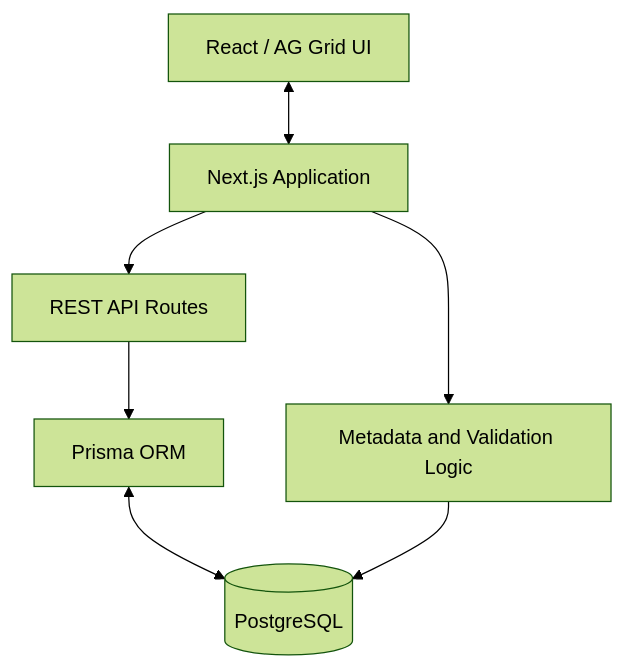
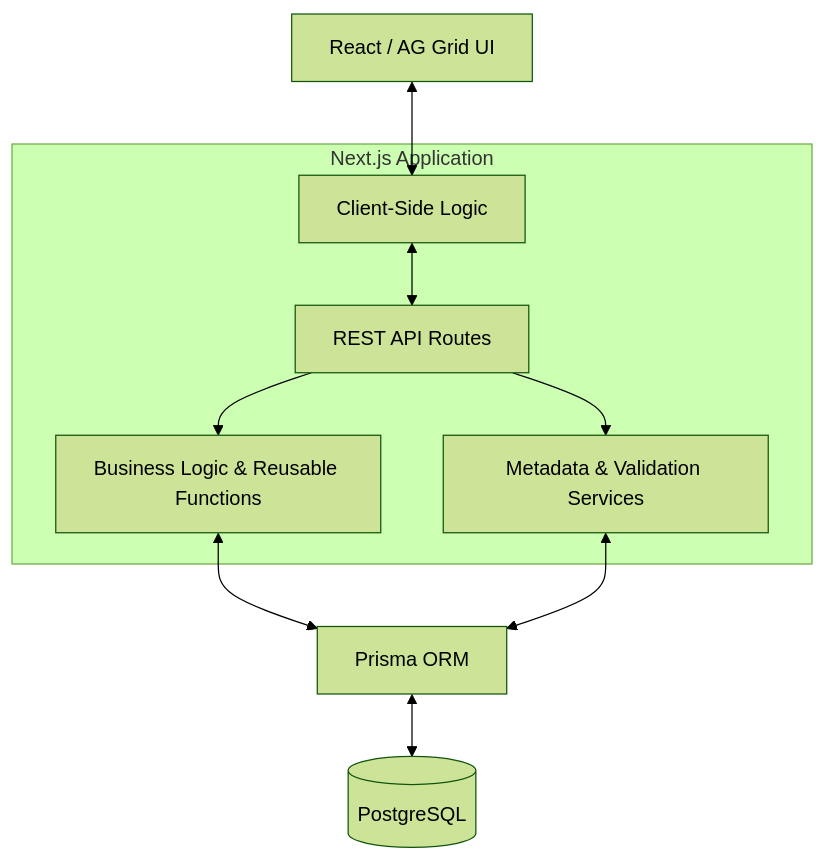
The diagram in docs/system-architecture.md (CamBoyd/vantage-architecture), drawn with Mermaid (forest theme) before and after one commit. The commit also changed other lines of this file, not shown here.

First line of the commit message:
Enhance system architecture documentation

````diff
--- a/docs/system-architecture.md
+++ b/docs/system-architecture.md
@@ -2,16 +11,23 @@
 ```mermaid
 flowchart TD
     A["React / AG Grid UI"]
-    B["Next.js Application"]
-    C["REST API Routes"]
-    D["Metadata and Validation Logic"]
-    E["Prisma ORM"]
-    F[("PostgreSQL")]
 
-    A <--> B
-    B --> C
-    B --> D
-    C --> E
+    subgraph B["Next.js Application"]
+        C["Client-Side Logic"]
+        D["REST API Routes"]
+        E["Business Logic & Reusable Functions"]
+        G["Metadata & Validation Services"]
+    end
+
+    F["Prisma ORM"]
+    H[("PostgreSQL")]
+
+    A <--> C
+    C <--> D
+    D --> E
+    D --> G
     E <--> F
-    D --> F
+    G <--> F
+    F <--> H
+
 ```
````
